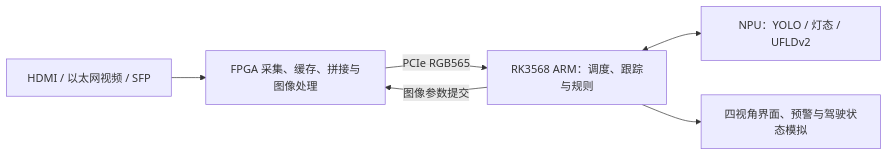
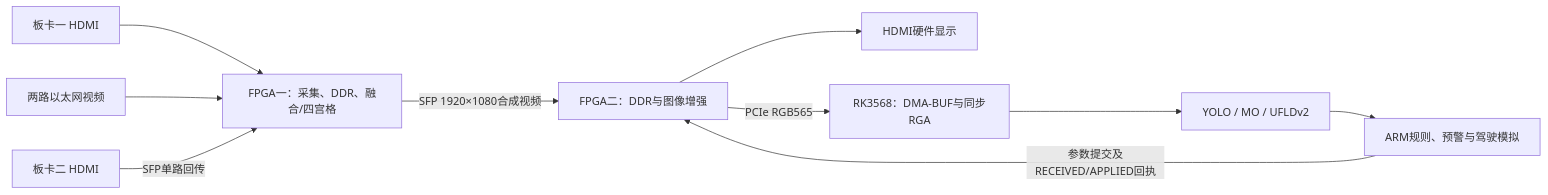
One commit to istiurosmadelgordont-cloud/RoadFusion-Edge changed the diagram in README.md. Above: the diagram before and after it, drawn with Mermaid. The commit also changed other lines of this file and 77 other files, not shown here.

````diff
--- a/README.md
+++ b/README.md
@@ -28,8 +15,12 @@
 ```mermaid
 flowchart LR
-    Input["HDMI / 以太网视频 / SFP"] --> FPGA["FPGA 采集、缓存、拼接与图像处理"]
-    FPGA -->|PCIe RGB565| ARM["RK3568 ARM：调度、跟踪与规则"]
-    ARM <--> NPU["NPU：YOLO / 灯态 / UFLDv2"]
-    ARM --> UI["四视角界面、预警与驾驶状态模拟"]
-    ARM -->|图像参数提交| FPGA
+    H1[板卡一 HDMI] --> B1[FPGA一：采集、DDR、融合/四宫格]
+    E[两路以太网视频] --> B1
+    H2[板卡二 HDMI] -->|SFP单路回传| B1
+    B1 -->|SFP 1920×1080合成视频| B2[FPGA二：DDR与图像增强]
+    B2 --> HDMI[HDMI硬件显示]
+    B2 -->|PCIe RGB565| RGA[RK3568：DMA-BUF与同步RGA]
+    RGA --> NPU[YOLO / MO / UFLDv2]
+    NPU --> UI[ARM规则、预警与驾驶模拟]
+    UI -->|参数提交及RECEIVED/APPLIED回执| B2
 ```
````
